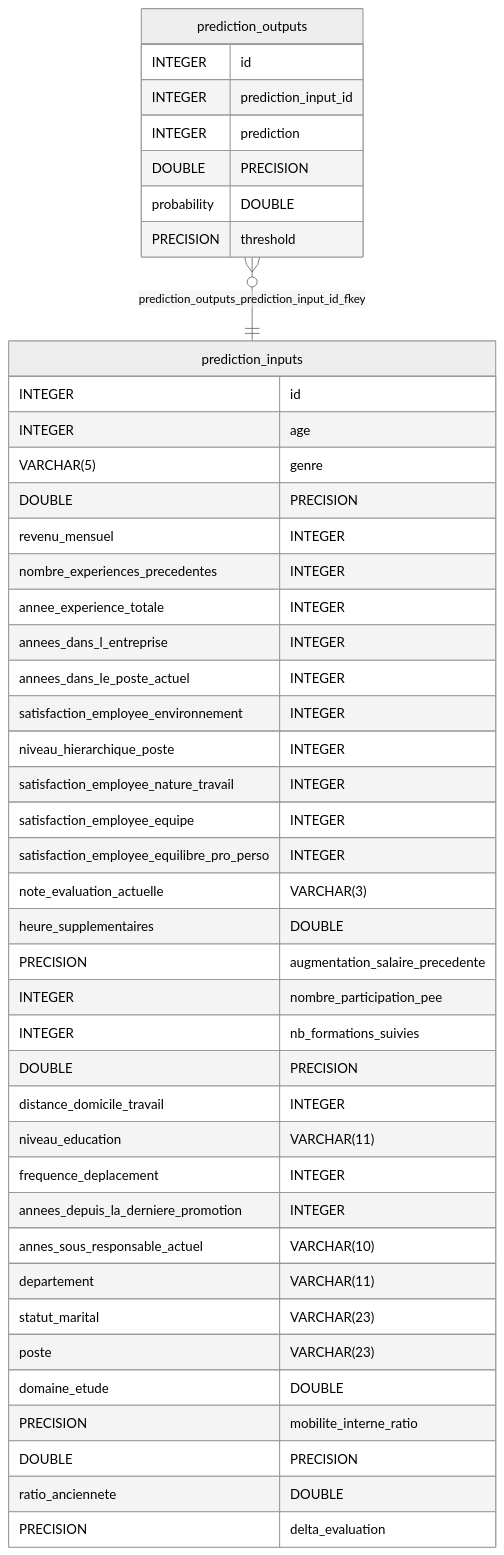
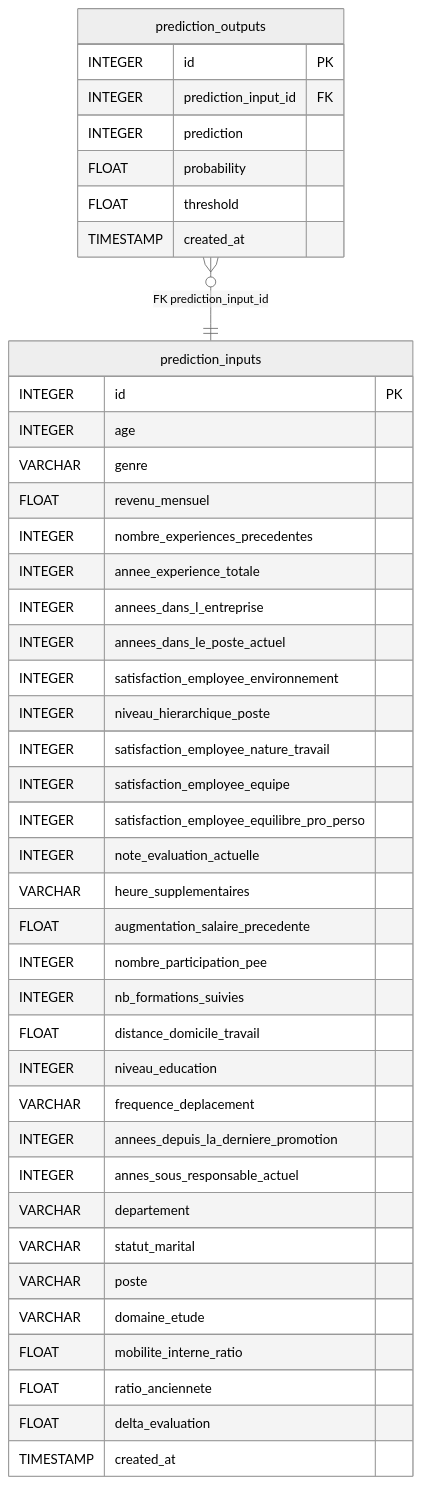
One commit to XavierCoulon/OC_P5_FUTURISYS_Deploy_a_model changed the first of 2 diagrams in README.md. Above: the diagram before and after it, drawn with Mermaid (neutral theme). The commit also changed other lines of this file, not shown here.

````diff
--- a/README.md
+++ b/README.md
@@ -36,43 +31,45 @@
 ```mermaid
 erDiagram
     prediction_inputs {
-        INTEGER id
+        INTEGER id PK
         INTEGER age
-        VARCHAR(5) genre
-        DOUBLE PRECISION revenu_mensuel
+        VARCHAR genre
+        FLOAT revenu_mensuel
         INTEGER nombre_experiences_precedentes
         INTEGER annee_experience_totale
         INTEGER annees_dans_l_entreprise
         INTEGER annees_dans_le_poste_actuel
         INTEGER satisfaction_employee_environnement
         INTEGER niveau_hierarchique_poste
         INTEGER satisfaction_employee_nature_travail
         INTEGER satisfaction_employee_equipe
         INTEGER satisfaction_employee_equilibre_pro_perso
         INTEGER note_evaluation_actuelle
-        VARCHAR(3) heure_supplementaires
-        DOUBLE PRECISION augmentation_salaire_precedente
+        VARCHAR heure_supplementaires
+        FLOAT augmentation_salaire_precedente
         INTEGER nombre_participation_pee
         INTEGER nb_formations_suivies
-        DOUBLE PRECISION distance_domicile_travail
+        FLOAT distance_domicile_travail
         INTEGER niveau_education
-        VARCHAR(11) frequence_deplacement
+        VARCHAR frequence_deplacement
         INTEGER annees_depuis_la_derniere_promotion
         INTEGER annes_sous_responsable_actuel
-        VARCHAR(10) departement
-        VARCHAR(11) statut_marital
-        VARCHAR(23) poste
-        VARCHAR(23) domaine_etude
-        DOUBLE PRECISION mobilite_interne_ratio
-        DOUBLE PRECISION ratio_anciennete
-        DOUBLE PRECISION delta_evaluation
+        VARCHAR departement
+        VARCHAR statut_marital
+        VARCHAR poste
+        VARCHAR domaine_etude
+        FLOAT mobilite_interne_ratio
+        FLOAT ratio_anciennete
+        FLOAT delta_evaluation
+        TIMESTAMP created_at
     }
     prediction_outputs {
-        INTEGER id
-        INTEGER prediction_input_id
+        INTEGER id PK
+        INTEGER prediction_input_id FK
         INTEGER prediction
-        DOUBLE PRECISION probability
-        DOUBLE PRECISION threshold
+        FLOAT probability
+        FLOAT threshold
+        TIMESTAMP created_at
     }
-    prediction_outputs }o--|| prediction_inputs : prediction_outputs_prediction_input_id_fkey
+    prediction_outputs }o--|| prediction_inputs : "FK prediction_input_id"
 ```
````
